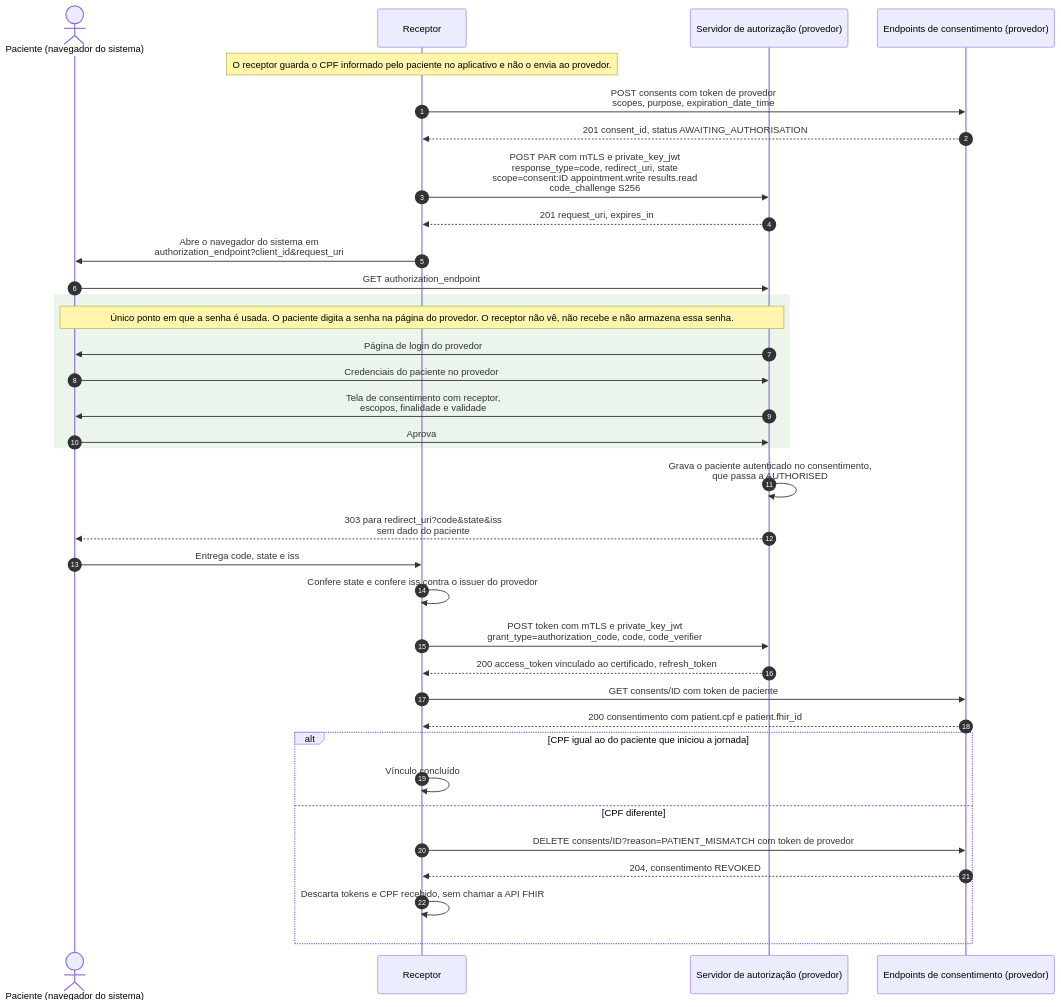
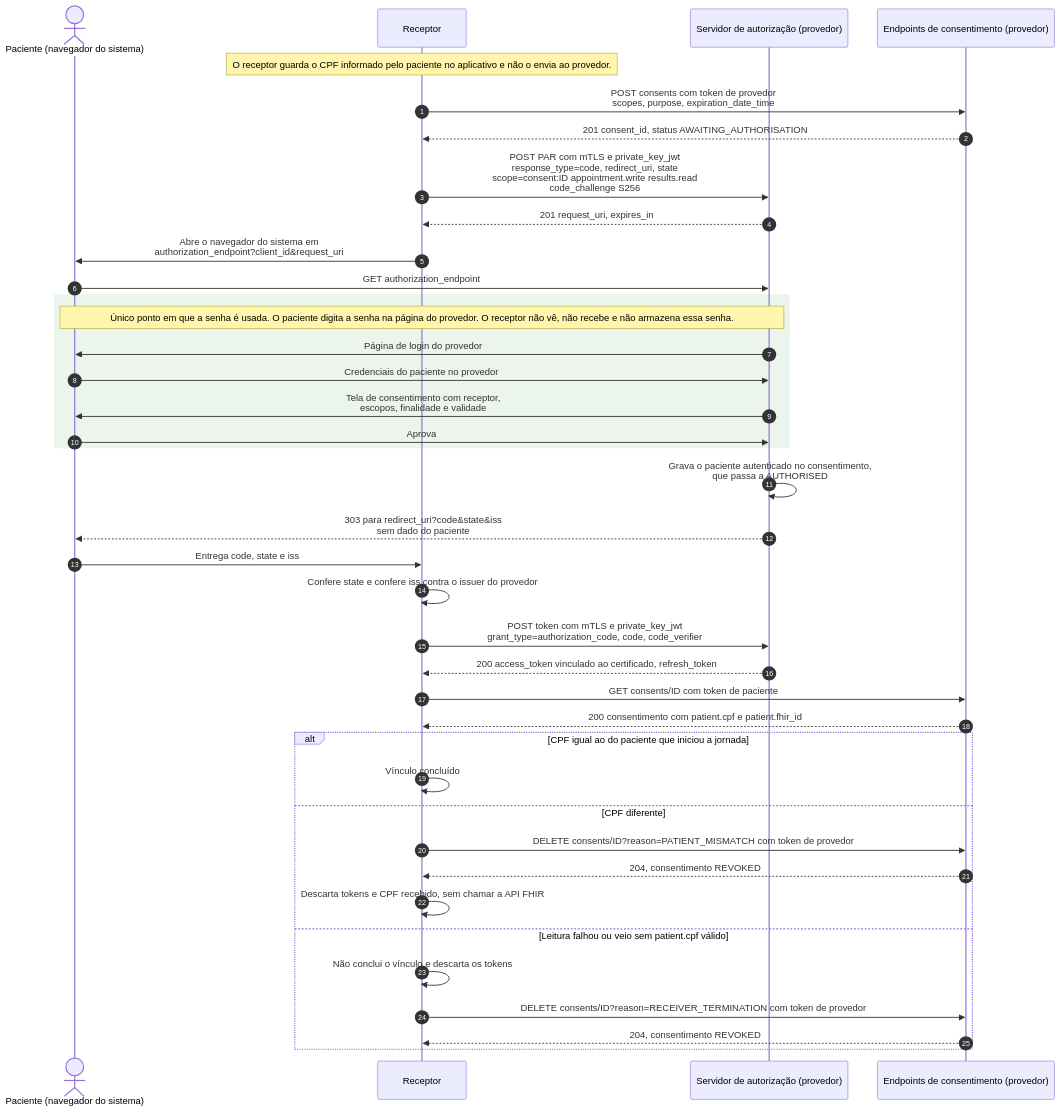
One commit to Precisa-Saude/open-labs-brasil changed the second of 8 diagrams in especificacao/02-fluxos.md. Above: the diagram before and after it, drawn with Mermaid. The commit also changed other lines of this file and 15 other files, not shown here.

````diff
--- a/especificacao/02-fluxos.md
+++ b/especificacao/02-fluxos.md
@@ -82,37 +83,41 @@
 ```mermaid
 sequenceDiagram
     autonumber
     actor P as Paciente (navegador do sistema)
     participant R as Receptor
     participant AS as Servidor de autorização (provedor)
     participant RS as Endpoints de consentimento (provedor)
     Note over R: O receptor guarda o CPF informado pelo paciente no aplicativo e não o envia ao provedor.
     R->>RS: POST consents com token de provedor<br/>scopes, purpose, expiration_date_time
     RS-->>R: 201 consent_id, status AWAITING_AUTHORISATION
     R->>AS: POST PAR com mTLS e private_key_jwt<br/>response_type=code, redirect_uri, state<br/>scope=consent:ID appointment.write results.read<br/>code_challenge S256
     AS-->>R: 201 request_uri, expires_in
     R->>P: Abre o navegador do sistema em<br/>authorization_endpoint?client_id&request_uri
     P->>AS: GET authorization_endpoint
     rect rgb(235, 245, 235)
     Note over P,AS: Único ponto em que a senha é usada. O paciente digita a senha na página do provedor. O receptor não vê, não recebe e não armazena essa senha.
     AS->>P: Página de login do provedor
     P->>AS: Credenciais do paciente no provedor
     AS->>P: Tela de consentimento com receptor,<br/>escopos, finalidade e validade
     P->>AS: Aprova
     end
     AS->>AS: Grava o paciente autenticado no consentimento,<br/>que passa a AUTHORISED
     AS-->>P: 303 para redirect_uri?code&state&iss<br/>sem dado do paciente
     P->>R: Entrega code, state e iss
     R->>R: Confere state e confere iss contra o issuer do provedor
     R->>AS: POST token com mTLS e private_key_jwt<br/>grant_type=authorization_code, code, code_verifier
     AS-->>R: 200 access_token vinculado ao certificado, refresh_token
     R->>RS: GET consents/ID com token de paciente
     RS-->>R: 200 consentimento com patient.cpf e patient.fhir_id
     alt CPF igual ao do paciente que iniciou a jornada
     R->>R: Vínculo concluído
     else CPF diferente
     R->>RS: DELETE consents/ID?reason=PATIENT_MISMATCH com token de provedor
     RS-->>R: 204, consentimento REVOKED
     R->>R: Descarta tokens e CPF recebido, sem chamar a API FHIR
+    else Leitura falhou ou veio sem patient.cpf válido
+    R->>R: Não conclui o vínculo e descarta os tokens
+    R->>RS: DELETE consents/ID?reason=RECEIVER_TERMINATION com token de provedor
+    RS-->>R: 204, consentimento REVOKED
     end
 ```
````
